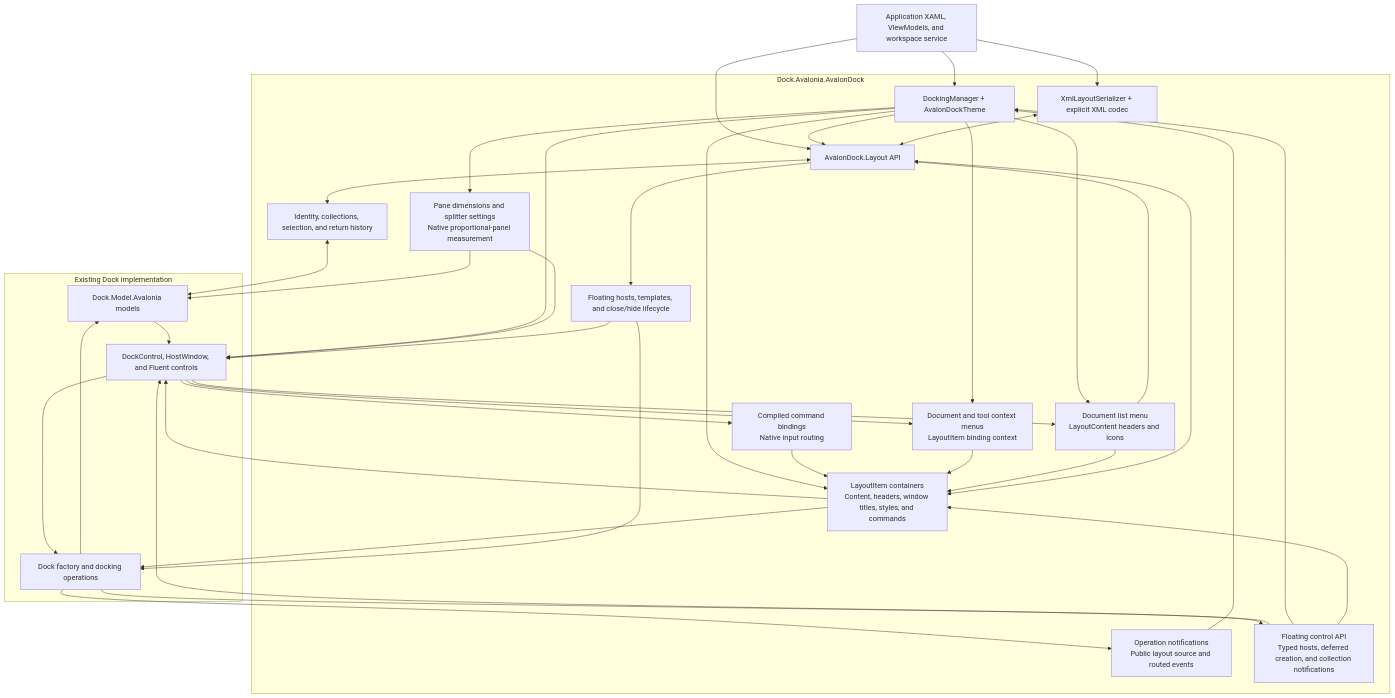
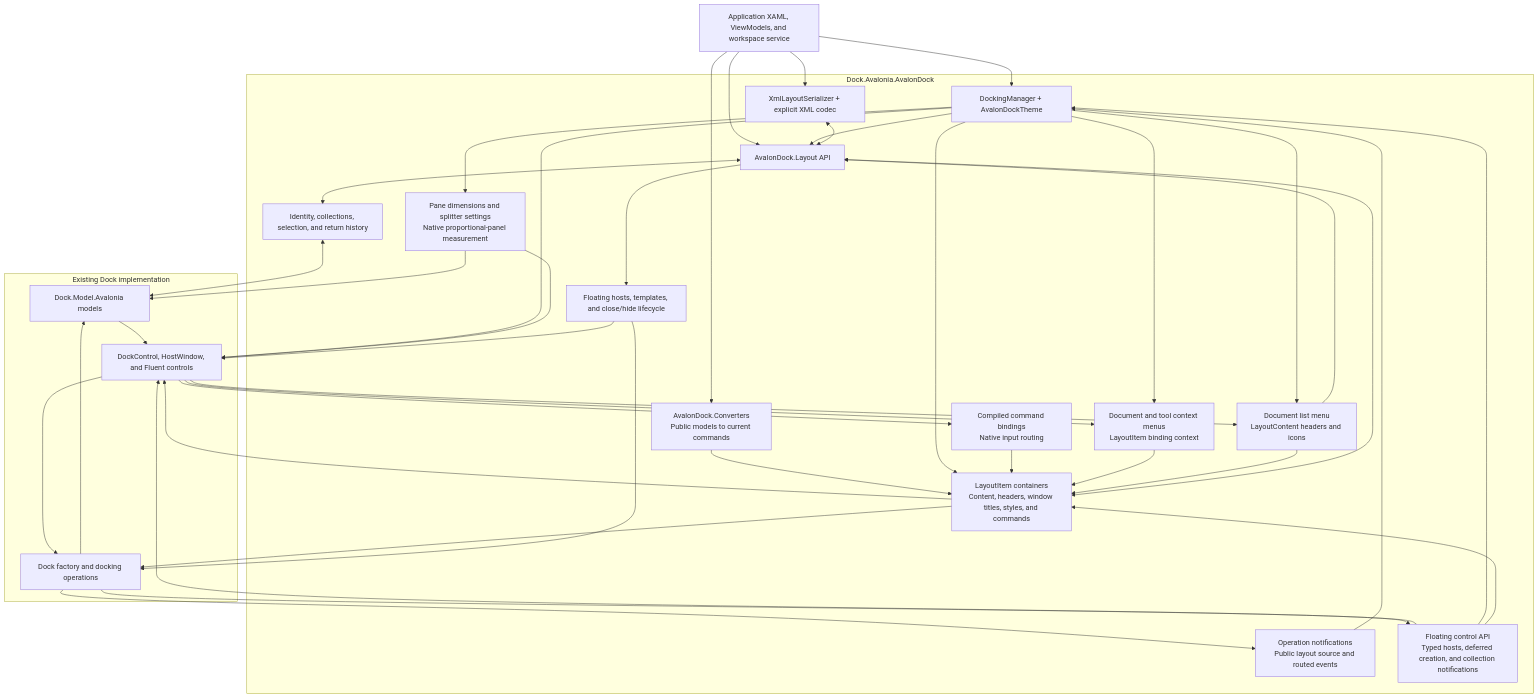
Before and after one commit to wieslawsoltes/Dock: the diagram in docfx/articles/dock-avalondock.md, drawn with Mermaid. The commit also changed other lines of this file and 23 other files, not shown here.

Commit message:
Add AvalonDock binding converters over native item commands

````diff
--- a/docfx/articles/dock-avalondock.md
+++ b/docfx/articles/dock-avalondock.md
@@ -821,59 +871,62 @@
 ```mermaid
 flowchart TB
     App["Application XAML, ViewModels, and workspace service"]
     subgraph Compatibility["Dock.Avalonia.AvalonDock"]
         Manager["DockingManager + AvalonDockTheme"]
         Layout["AvalonDock.Layout API"]
         Items["LayoutItem containers<br/>Content, headers, window titles, styles, and commands"]
         Commands["Compiled command bindings<br/>Native input routing"]
+        Converters["AvalonDock.Converters<br/>Public models to current commands"]
         Menus["Document and tool context menus<br/>LayoutItem binding context"]
         DocumentList["Document list menu<br/>LayoutContent headers and icons"]
         Bridge["Identity, collections, selection, and return history"]
         Sizing["Pane dimensions and splitter settings<br/>Native proportional-panel measurement"]
         Lifecycle["Floating hosts, templates, and close/hide lifecycle"]
         Events["Operation notifications<br/>Public layout source and routed events"]
         Hosts["Floating control API<br/>Typed hosts, deferred creation, and collection notifications"]
         Xml["XmlLayoutSerializer + explicit XML codec"]
     end
     subgraph Native["Existing Dock implementation"]
         Models["Dock.Model.Avalonia models"]
         Factory["Dock factory and docking operations"]
         Controls["DockControl, HostWindow, and Fluent controls"]
     end
     App --> Manager
+    App --> Converters
+    Converters --> Items
     App --> Layout
     App --> Xml
     Manager --> Layout
     Manager --> Items
     Items <--> Layout
     Items --> Factory
     Items --> Controls
     Controls --> Commands
     Commands --> Items
     Manager --> Menus
     Controls --> Menus
     Menus --> Items
     Manager --> DocumentList
     Controls --> DocumentList
     DocumentList --> Layout
     DocumentList --> Items
     Manager --> Controls
     Layout <--> Bridge
     Bridge <--> Models
     Manager --> Sizing
     Sizing --> Models
     Sizing --> Controls
     Layout --> Lifecycle
     Lifecycle --> Factory
     Lifecycle --> Controls
     Controls --> Factory
     Factory --> Models
     Factory --> Events
     Events --> Manager
     Factory --> Hosts
     Hosts --> Controls
     Hosts --> Manager
     Hosts --> Items
     Models --> Controls
     Xml <--> Layout
 ```
````
